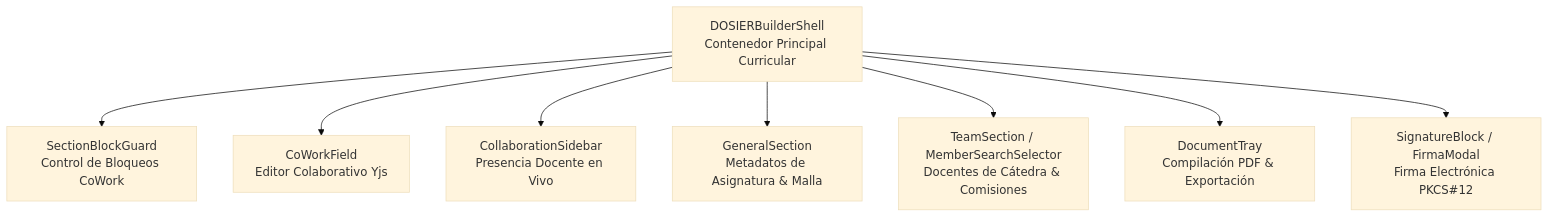
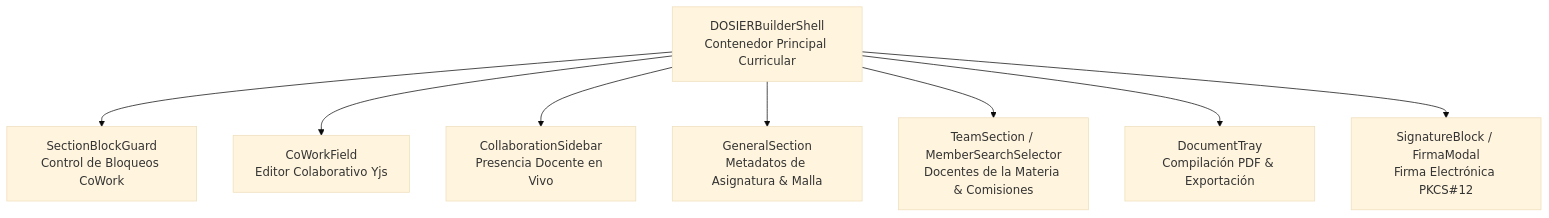
The diagram in docs/documentacion/05-frontend-web/02-componentes-ui-y-builder-shell.md (JorgeDoicela/dosier), drawn with Mermaid (base theme) before and after one commit. The commit also changed other lines of this file and 17 other files, not shown here.

````diff
--- a/docs/documentacion/05-frontend-web/02-componentes-ui-y-builder-shell.md
+++ b/docs/documentacion/05-frontend-web/02-componentes-ui-y-builder-shell.md
@@ -11,10 +11,10 @@
 ```mermaid
 graph TD
     Shell[DOSIERBuilderShell\nContenedor Principal Curricular] --> SectionGuard[SectionBlockGuard\nControl de Bloqueos CoWork]
     Shell --> CoWork[CoWorkField\nEditor Colaborativo Yjs]
     Shell --> CollabSidebar[CollaborationSidebar\nPresencia Docente en Vivo]
     Shell --> SecGen[GeneralSection\nMetadatos de Asignatura & Malla]
-    Shell --> SecTeam[TeamSection / MemberSearchSelector\nDocentes de Cátedra & Comisiones]
+    Shell --> SecTeam[TeamSection / MemberSearchSelector\nDocentes de la Materia & Comisiones]
     Shell --> DocTray[DocumentTray\nCompilación PDF & Exportación]
     Shell --> SigBlock[SignatureBlock / FirmaModal\nFirma Electrónica PKCS#12]
 ```
````
